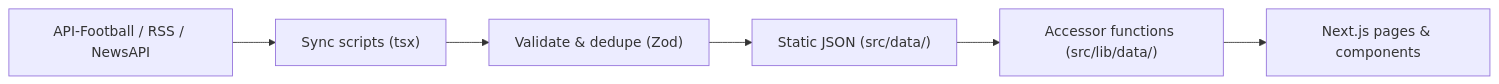
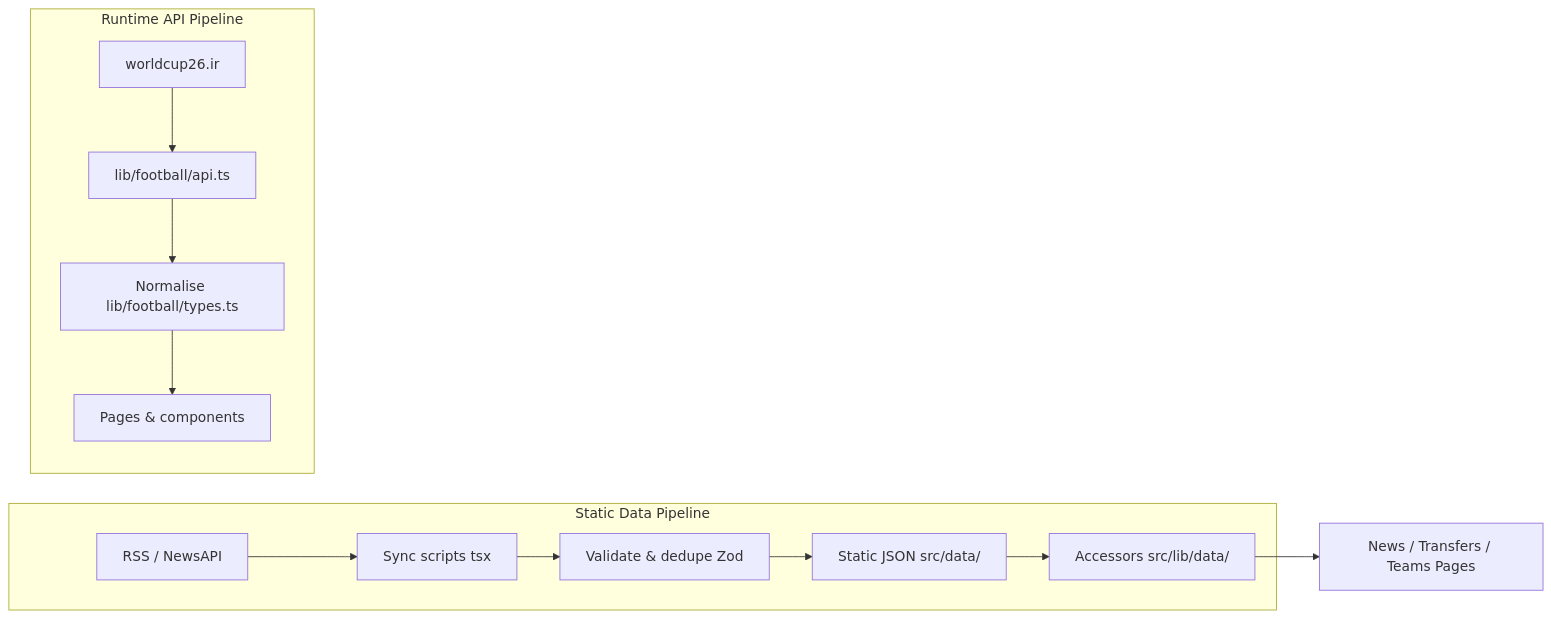
One commit to Atharva-Goud/PitchPulse changed the diagram in README.md. Above: the diagram before and after it, drawn with Mermaid. The commit also changed other lines of this file, not shown here.

Commit message:
docs: update README for standings, worldcup26.ir API, and new architecture

````diff
--- a/README.md
+++ b/README.md
@@ -82,8 +95,15 @@
 ```mermaid
 flowchart LR
-  A["API-Football / RSS / NewsAPI"] --> B["Sync scripts (tsx)"]
-  B --> C["Validate & dedupe (Zod)"]
-  C --> D["Static JSON (src/data/)"]
-  D --> E["Accessor functions (src/lib/data/)"]
-  E --> F["Next.js pages & components"]
+    subgraph Static["Static Data Pipeline"]
+        A["RSS / NewsAPI"] --> B["Sync scripts tsx"]
+        B --> C["Validate & dedupe Zod"]
+        C --> D["Static JSON src/data/"]
+        D --> E["Accessors src/lib/data/"]
+    end
+    subgraph Runtime["Runtime API Pipeline"]
+        F["worldcup26.ir"] --> G["lib/football/api.ts"]
+        G --> H["Normalise lib/football/types.ts"]
+        H --> I["Pages & components"]
+    end
+    E --> J["News / Transfers / Teams Pages"]
 ```
````
